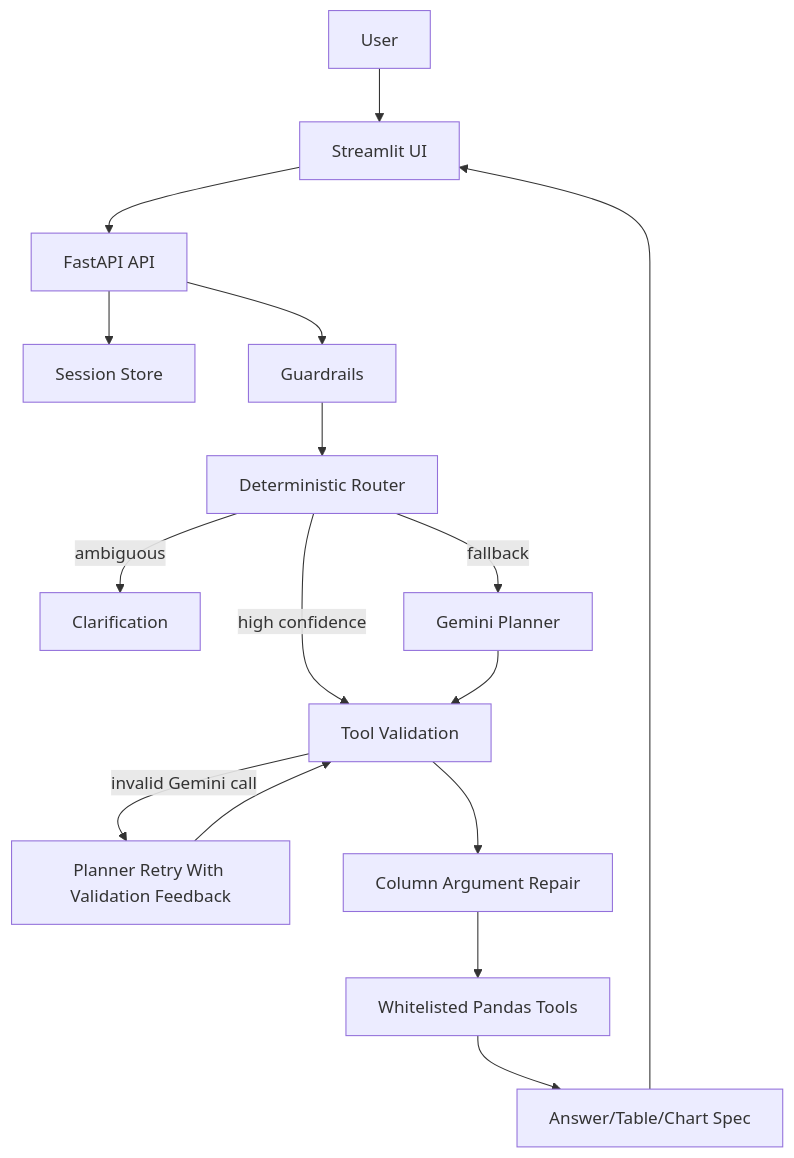
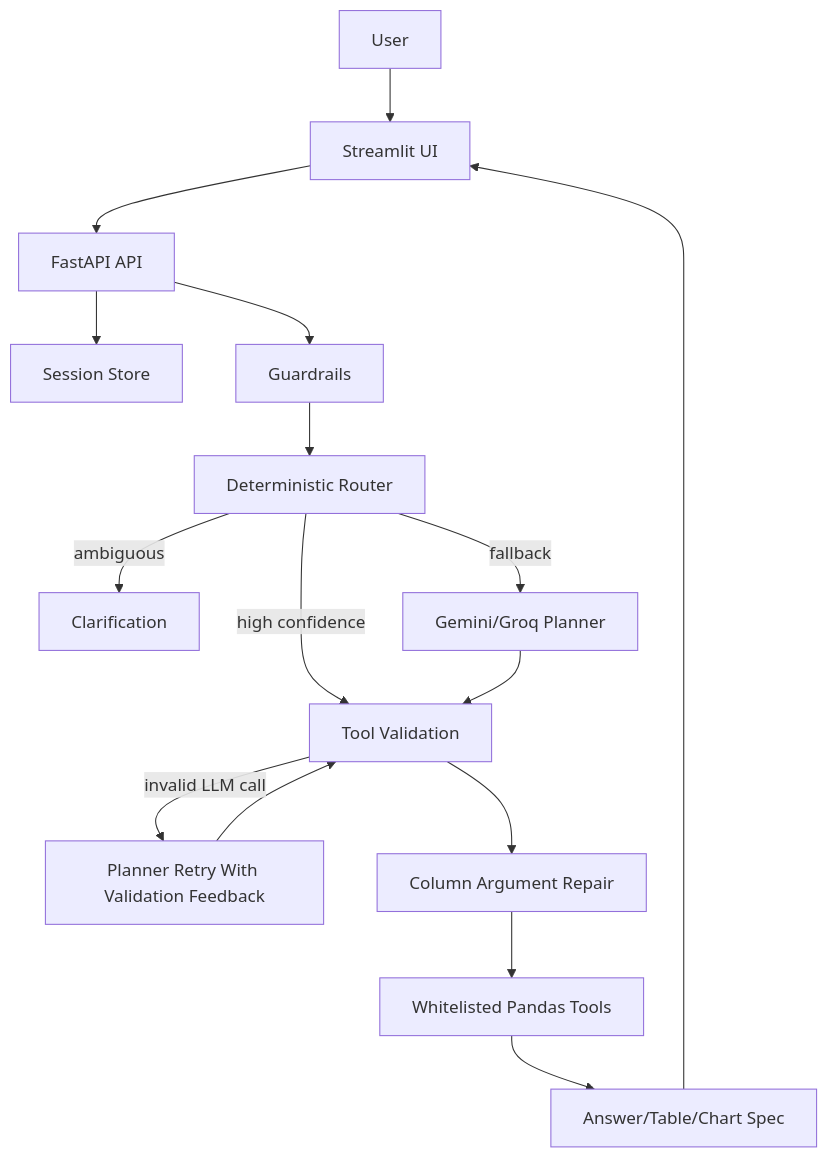
The diagram in README.md (AnhPhiNe/ai-data-analyst-agent), drawn with Mermaid before and after one commit. The commit also changed other lines of this file and 28 other files, not shown here.

````diff
--- a/README.md
+++ b/README.md
@@ -27,18 +27,18 @@
 ```mermaid
 flowchart TD
     U[User] --> FE[Streamlit UI]
     FE --> API[FastAPI API]
     API --> S[Session Store]
     API --> G[Guardrails]
     G --> R[Deterministic Router]
     R -->|high confidence| V[Tool Validation]
     R -->|ambiguous| C[Clarification]
-    R -->|fallback| L[Gemini Planner]
+    R -->|fallback| L[Gemini/Groq Planner]
     L --> V
-    V -->|invalid Gemini call| PR[Planner Retry With Validation Feedback]
+    V -->|invalid LLM call| PR[Planner Retry With Validation Feedback]
     PR --> V
     V --> CR[Column Argument Repair]
     CR --> T[Whitelisted Pandas Tools]
     T --> A[Answer/Table/Chart Spec]
     A --> FE
 ```
````
